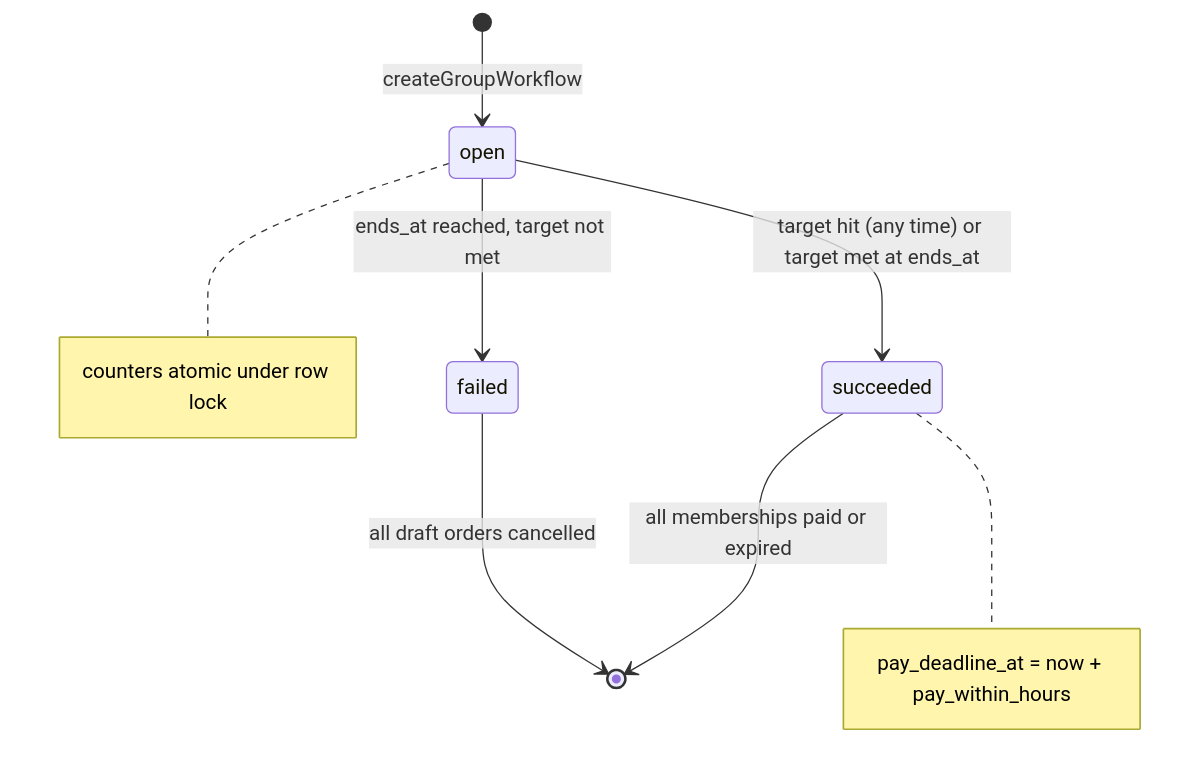
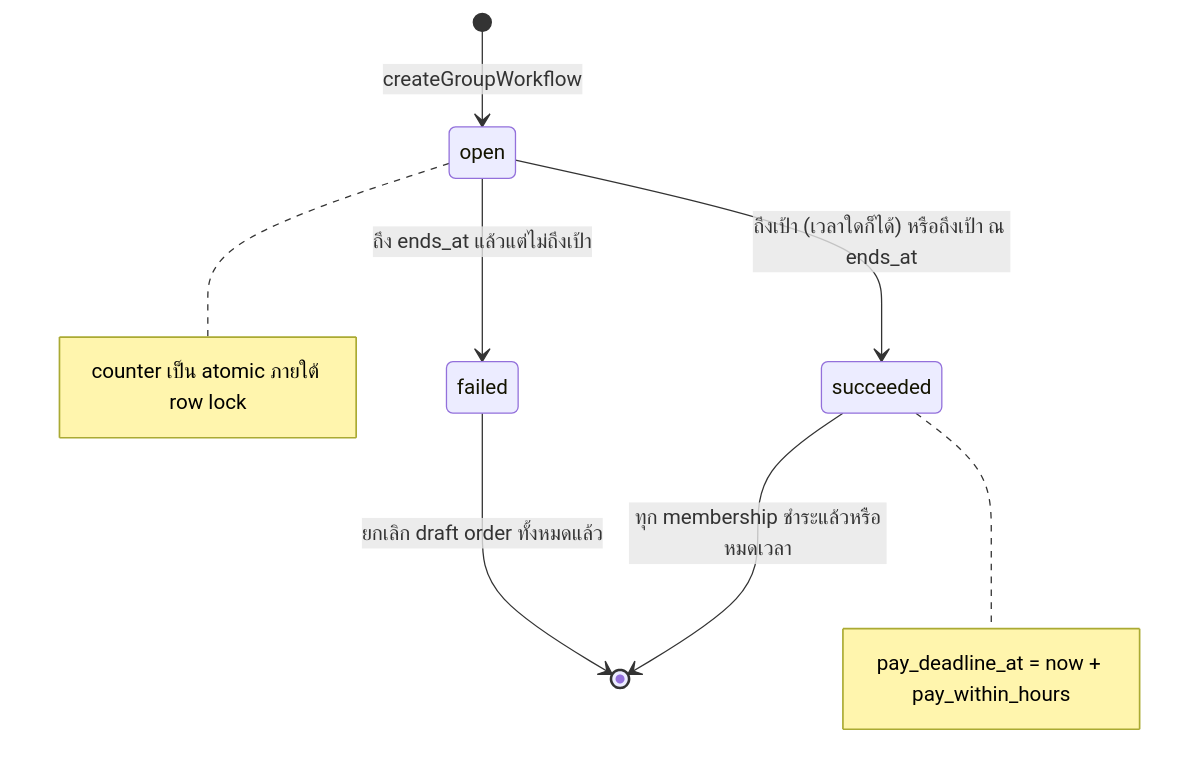
The second of 7 diagrams in docs/design/state-machines.md (techpowerdev/medusa-ecom), drawn with Mermaid before and after one commit. The commit also changed other lines of this file and 25 other files, not shown here.

````diff
--- a/docs/design/state-machines.md
+++ b/docs/design/state-machines.md
@@ -21,10 +21,10 @@
 ```mermaid
 stateDiagram-v2
   [*] --> open : createGroupWorkflow
-  open --> succeeded : target hit (any time) or target met at ends_at
-  open --> failed : ends_at reached, target not met
-  succeeded --> [*] : all memberships paid or expired
-  failed --> [*] : all draft orders cancelled
-  note right of open : counters atomic under row lock
+  open --> succeeded : ถึงเป้า (เวลาใดก็ได้) หรือถึงเป้า ณ ends_at
+  open --> failed : ถึง ends_at แล้วแต่ไม่ถึงเป้า
+  succeeded --> [*] : ทุก membership ชำระแล้วหรือหมดเวลา
+  failed --> [*] : ยกเลิก draft order ทั้งหมดแล้ว
+  note right of open : counter เป็น atomic ภายใต้ row lock
   note right of succeeded : pay_deadline_at = now + pay_within_hours
 ```
````
